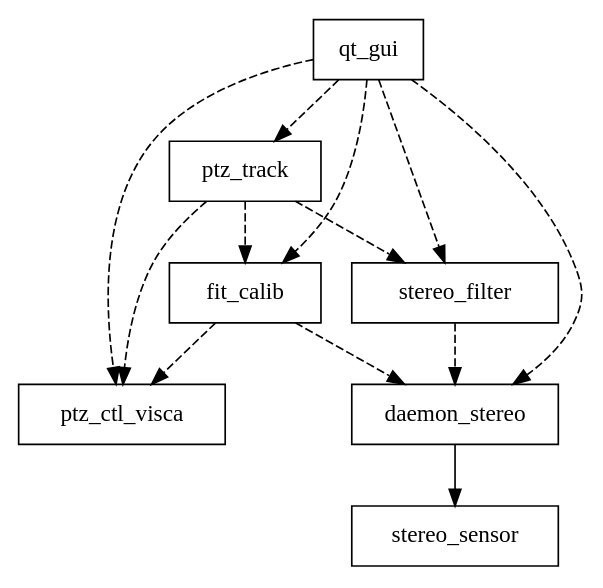
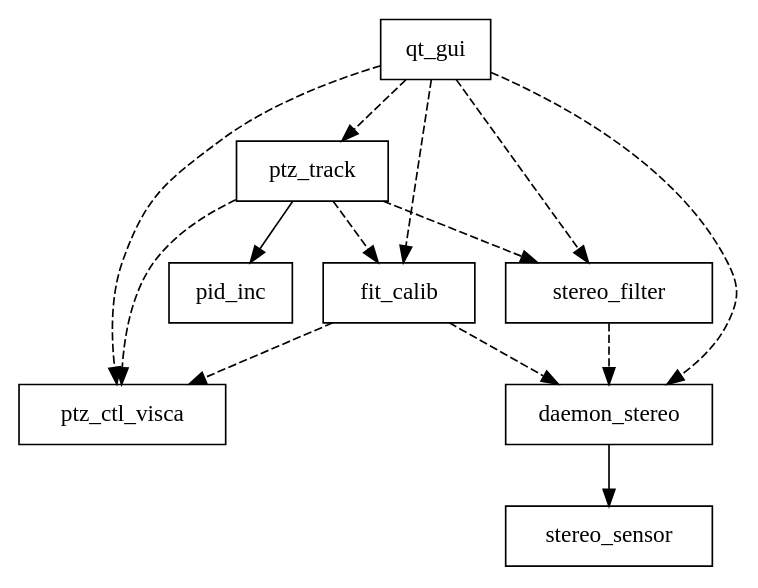
Before and after one commit to dzyswy/ptz-utils: the diagram in docs/class.dot, drawn with Graphviz. The commit also changed 4 other files, not shown here.

```diff
--- a/docs/class.dot
+++ b/docs/class.dot
@@ -1,32 +1,35 @@
 digraph class {
 	node [shape = "record", fontname = "Consolas"] 
 	edge [arrowhead = "empty", fontname = "Consolas"]
 	
 
 	ptz_ctl_visca [label = "{ptz_ctl_visca}"] 
 	
 
 	stereo_sensor [label = "{stereo_sensor}"] 
 	daemon_stereo [label = "{daemon_stereo}"] 
 	
 	stereo_filter [label = "{stereo_filter}"] 
 	
 	fit_calib [label = "{fit_calib}"] 
 	
 	ptz_track [label = "{ptz_track}"]
 	
+	pid_inc [label = "{pid_inc}"] 
+	
 	qt_gui [label = "{qt_gui}"]
 	
 	daemon_stereo -> stereo_sensor [arrowhead="normal", style="normal"]
 	stereo_filter -> daemon_stereo [arrowhead="normal", style="dashed"]
 	fit_calib -> daemon_stereo [arrowhead="normal", style="dashed"]
 	fit_calib -> ptz_ctl_visca [arrowhead="normal", style="dashed"]
 	ptz_track -> stereo_filter [arrowhead="normal", style="dashed"]
 	ptz_track -> ptz_ctl_visca [arrowhead="normal", style="dashed"]
 	ptz_track -> fit_calib [arrowhead="normal", style="dashed"]
+	ptz_track -> pid_inc [arrowhead="normal", style="normal"]
 	qt_gui -> ptz_ctl_visca [arrowhead="normal", style="dashed"]
 	qt_gui -> daemon_stereo [arrowhead="normal", style="dashed"]
 	qt_gui -> stereo_filter [arrowhead="normal", style="dashed"]
 	qt_gui -> fit_calib [arrowhead="normal", style="dashed"]
 	qt_gui -> ptz_track [arrowhead="normal", style="dashed"]
 }
```
